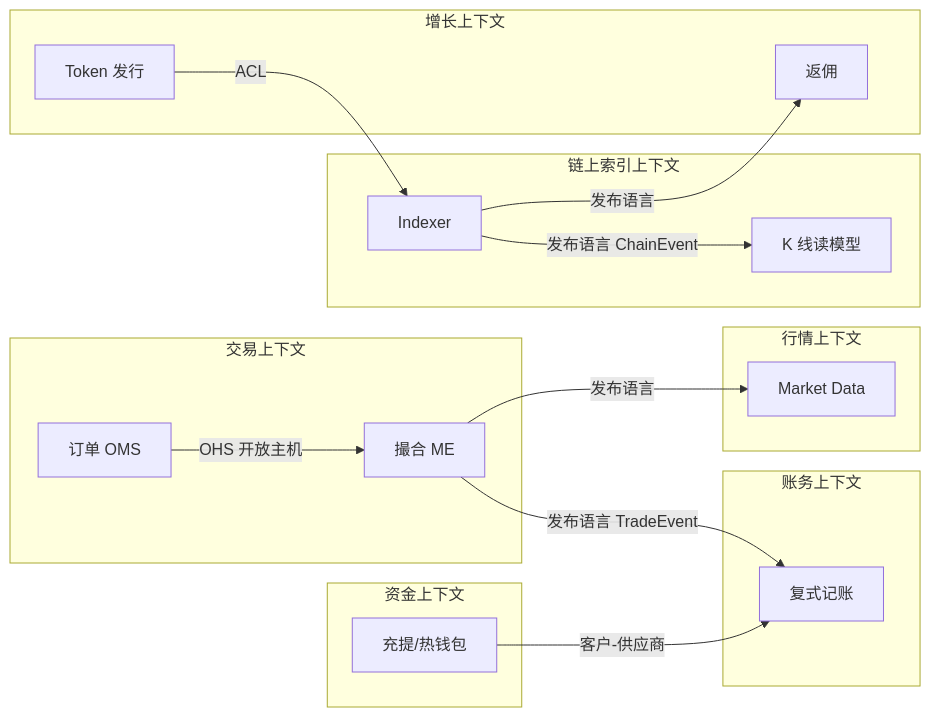
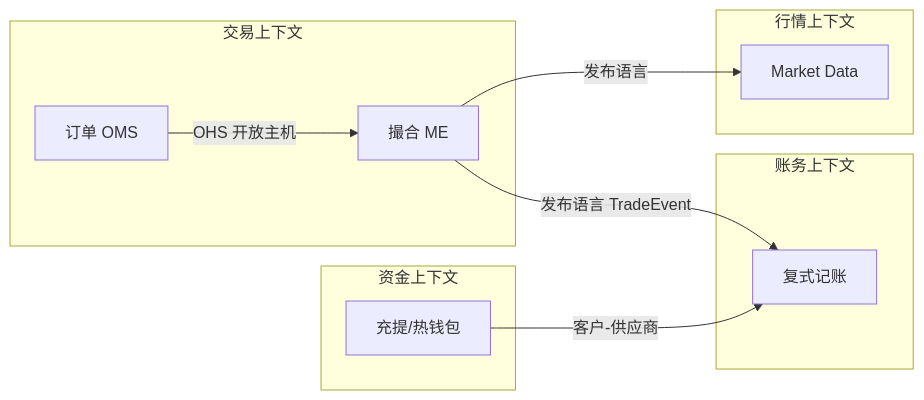
One commit to twodog-tt/Golang-development-manual changed the first of 2 diagrams in docs/interview/15-microservices-exchange/S-MSVC-02-domain-decomposition.md. Above: the diagram before and after it, drawn with Mermaid. The commit also changed 15 other files, not shown here.

Commit message:
feat: add interactive Mermaid viewer

````diff
--- a/docs/interview/15-microservices-exchange/S-MSVC-02-domain-decomposition.md
+++ b/docs/interview/15-microservices-exchange/S-MSVC-02-domain-decomposition.md
@@ -36,31 +38,20 @@
 ```mermaid
 flowchart LR
   subgraph Trading[交易上下文]
     OMS[订单 OMS]
     ME[撮合 ME]
   end
   subgraph Accounting[账务上下文]
     Ledger[复式记账]
   end
   subgraph Treasury[资金上下文]
     Wallet[充提/热钱包]
   end
   subgraph Market[行情上下文]
     MD[Market Data]
   end
-  subgraph Chain[链上索引上下文]
-    Idx[Indexer]
-    Kline[K 线读模型]
-  end
-  subgraph Growth[增长上下文]
-    Launch[Token 发行]
-    Rebate[返佣]
-  end
   OMS -->|OHS 开放主机| ME
   ME -->|发布语言 TradeEvent| Ledger
   ME -->|发布语言| MD
   Wallet -->|客户-供应商| Ledger
-  Idx -->|发布语言 ChainEvent| Kline
-  Idx -->|发布语言| Rebate
-  Launch -->|ACL| Idx
 ```
````
